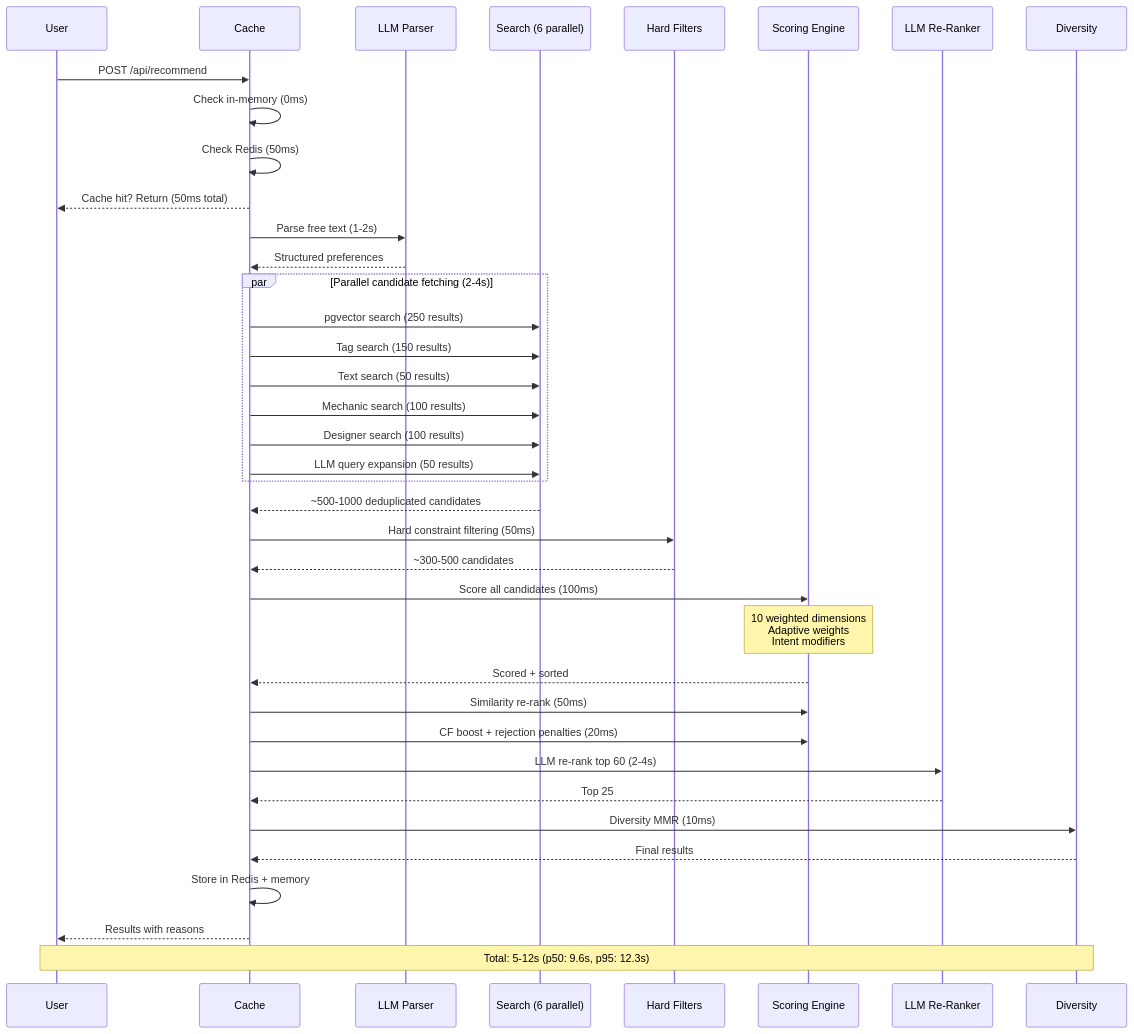
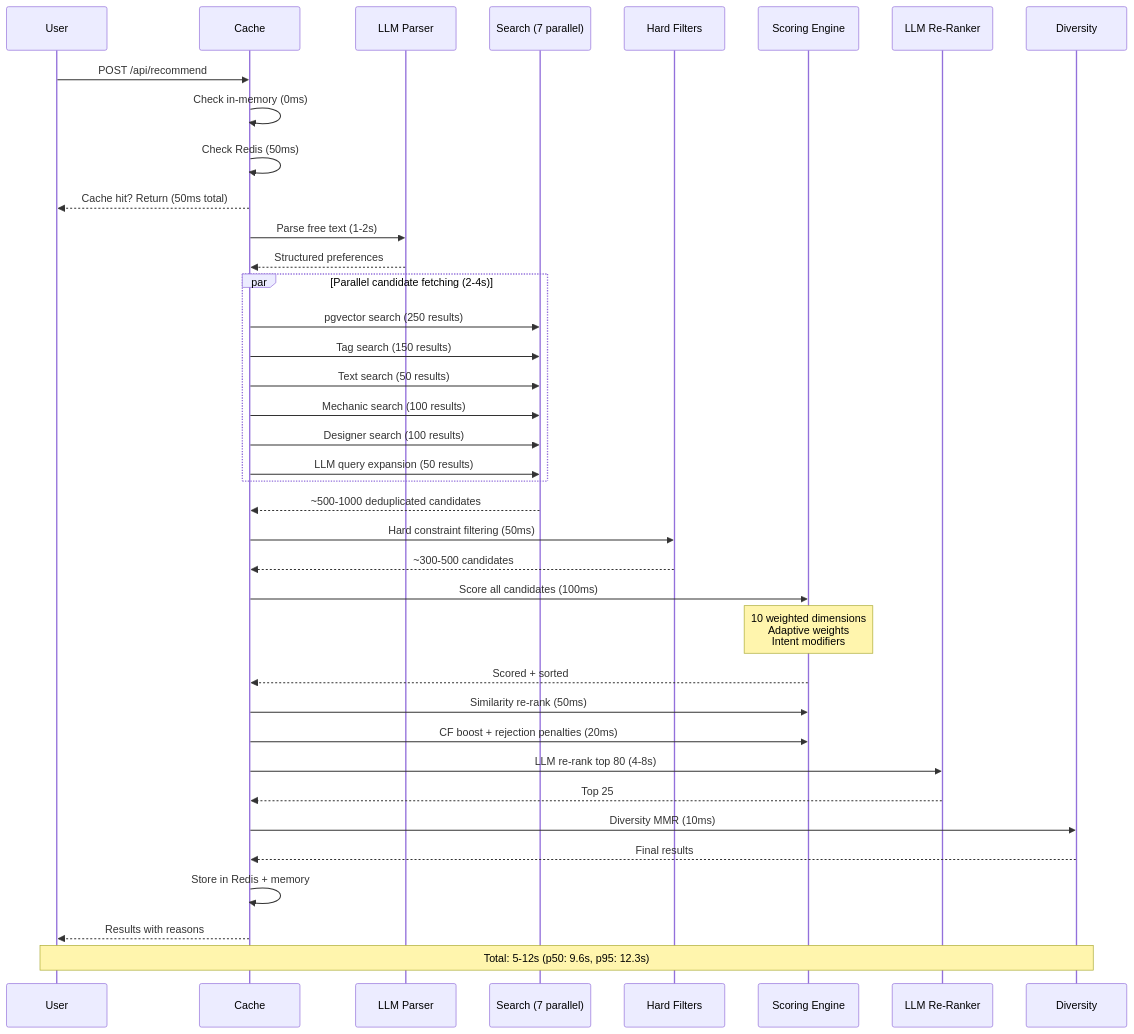
The second of 11 diagrams in docs/HACKMD-REVIEW.md (stopitdan/recommendagame), drawn with Mermaid before and after one commit. The commit also changed other lines of this file and 14 other files, not shown here.

````diff
--- a/docs/HACKMD-REVIEW.md
+++ b/docs/HACKMD-REVIEW.md
@@ -117,49 +128,49 @@
 ```mermaid
 sequenceDiagram
     participant U as User
     participant C as Cache
     participant L as LLM Parser
-    participant S as Search (6 parallel)
+    participant S as Search (7 parallel)
     participant F as Hard Filters
     participant SC as Scoring Engine
     participant R as LLM Re-Ranker
     participant D as Diversity
 
     U->>C: POST /api/recommend
     C->>C: Check in-memory (0ms)
     C->>C: Check Redis (50ms)
     C-->>U: Cache hit? Return (50ms total)
 
     C->>L: Parse free text (1-2s)
     L-->>C: Structured preferences
 
     par Parallel candidate fetching (2-4s)
         C->>S: pgvector search (250 results)
         C->>S: Tag search (150 results)
         C->>S: Text search (50 results)
         C->>S: Mechanic search (100 results)
         C->>S: Designer search (100 results)
         C->>S: LLM query expansion (50 results)
     end
     S-->>C: ~500-1000 deduplicated candidates
 
     C->>F: Hard constraint filtering (50ms)
     F-->>C: ~300-500 candidates
 
     C->>SC: Score all candidates (100ms)
     Note over SC: 10 weighted dimensions<br/>Adaptive weights<br/>Intent modifiers
 
     SC-->>C: Scored + sorted
 
     C->>SC: Similarity re-rank (50ms)
     C->>SC: CF boost + rejection penalties (20ms)
-    C->>R: LLM re-rank top 60 (2-4s)
+    C->>R: LLM re-rank top 80 (4-8s)
     R-->>C: Top 25
     C->>D: Diversity MMR (10ms)
     D-->>C: Final results
 
     C->>C: Store in Redis + memory
     C-->>U: Results with reasons
 
     Note over U,D: Total: 5-12s (p50: 9.6s, p95: 12.3s)
 ```
````
